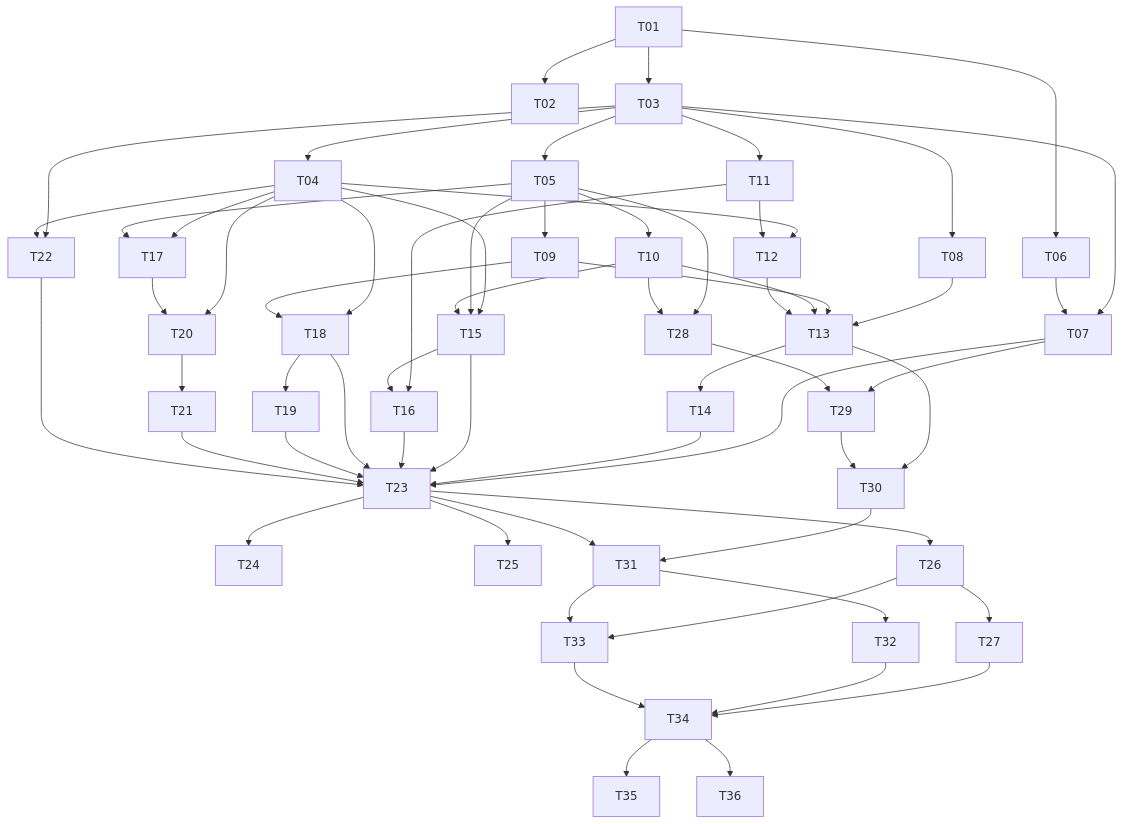
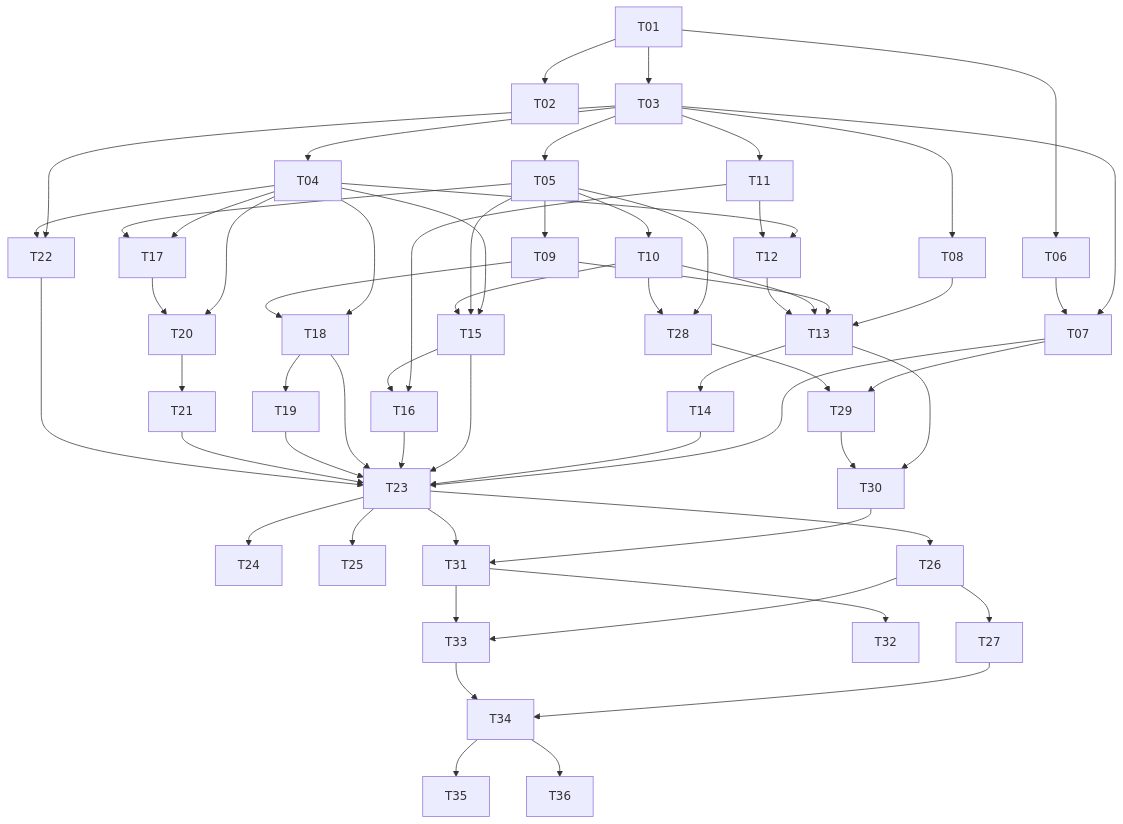
One commit to agentsky/agent-core changed the diagram in docs/tasks-plan.md. Above: the diagram before and after it, drawn with Mermaid. The commit also changed other lines of this file and 26 other files, not shown here.

````diff
--- a/docs/tasks-plan.md
+++ b/docs/tasks-plan.md
@@ -431,64 +431,63 @@
 ```mermaid
 graph TD
     T01 --> T02
     T01 --> T03
     T03 --> T04
     T03 --> T05
     T01 --> T06
     T03 --> T07
     T06 --> T07
     T03 --> T08
     T05 --> T09
     T05 --> T10
     T03 --> T11
     T04 --> T12
     T11 --> T12
     T08 --> T13
     T09 --> T13
     T10 --> T13
     T12 --> T13
     T13 --> T14
     T04 --> T15
     T05 --> T15
     T10 --> T15
     T11 --> T16
     T15 --> T16
     T04 --> T17
     T05 --> T17
     T04 --> T18
     T09 --> T18
     T18 --> T19
     T04 --> T20
     T17 --> T20
     T20 --> T21
     T03 --> T22
     T04 --> T22
     T07 --> T23
     T14 --> T23
     T15 --> T23
     T16 --> T23
     T18 --> T23
     T19 --> T23
     T21 --> T23
     T22 --> T23
     T23 --> T24
     T23 --> T25
     T23 --> T26
     T26 --> T27
     T05 --> T28
     T10 --> T28
     T07 --> T29
     T28 --> T29
     T13 --> T30
     T29 --> T30
     T30 --> T31
     T23 --> T31
     T31 --> T32
     T26 --> T33
     T31 --> T33
     T27 --> T34
-    T32 --> T34
     T33 --> T34
     T34 --> T35
     T34 --> T36
 ```
````
